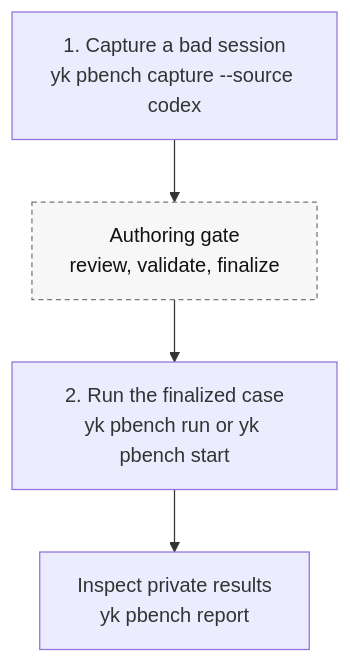
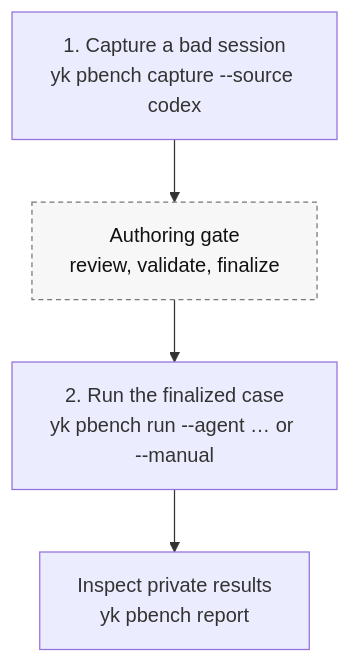
One commit to Yaphet2015/ya-skills changed the diagram in docs/pbench.md. Above: the diagram before and after it, drawn with Mermaid. The commit also changed other lines of this file and 5 other files, not shown here.

Commit message:
docs(pbench): align cross-agent workflows

````diff
--- a/docs/pbench.md
+++ b/docs/pbench.md
@@ -61,11 +61,11 @@
 ```mermaid
 flowchart TD
   capture["1. Capture a bad session<br/>yk pbench capture --source codex"]
   author["Authoring gate<br/>review, validate, finalize"]:::internal
-  run["2. Run the finalized case<br/>yk pbench run or yk pbench start"]
+  run["2. Run the finalized case<br/>yk pbench run --agent … or --manual"]
   report["Inspect private results<br/>yk pbench report"]
 
   capture --> author --> run --> report
 
   classDef internal fill:#f7f7f7,stroke:#777,color:#111,stroke-dasharray: 4 3
 ```
````
